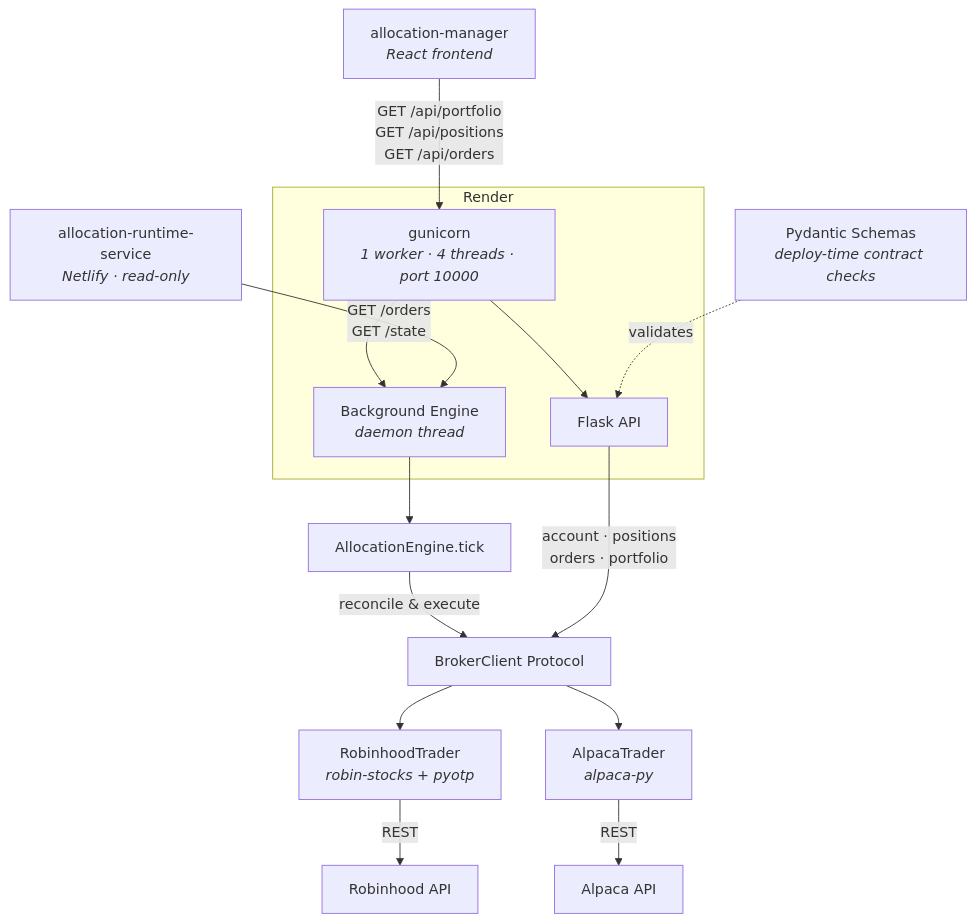
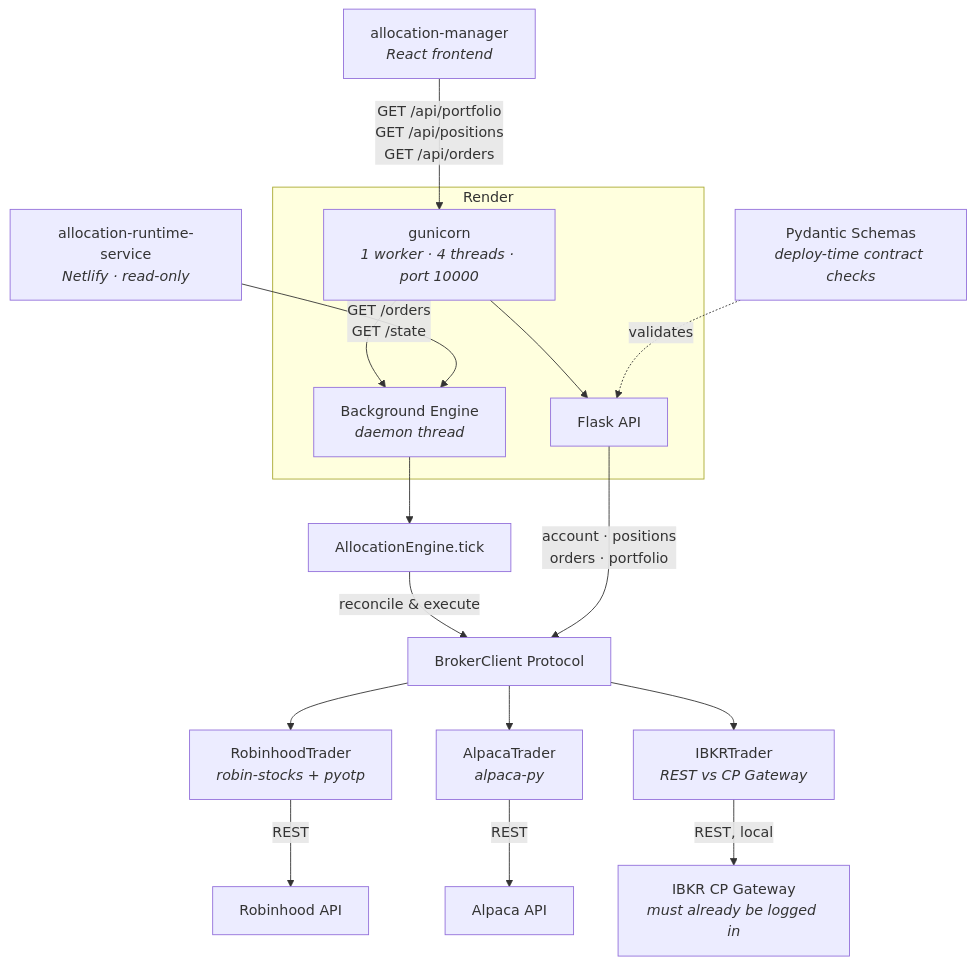
Before and after one commit to IamJasonBian/allocation-engine-2.0: the first of 4 diagrams in README.md, drawn with Mermaid. The commit also changed other lines of this file and 12 other files, not shown here.

First line of the commit message:
Add IBKR broker surface with buy/sell orders and inter-broker fund transfer

````diff
--- a/README.md
+++ b/README.md
@@ -105,24 +126,26 @@
 ```mermaid
 graph TD
     AM[allocation-manager<br/><i>React frontend</i>] -->|GET /api/portfolio<br/>GET /api/positions<br/>GET /api/orders| GU
 
     subgraph Render
         GU[gunicorn<br/><i>1 worker · 4 threads · port 10000</i>]
         GU --> FLASK[Flask API]
         GU --> BG[Background Engine<br/><i>daemon thread</i>]
     end
 
     RTS[allocation-runtime-service<br/><i>Netlify · read-only</i>] -->|GET /orders<br/>GET /state| BG
     BG --> ENG[AllocationEngine.tick]
     ENG -->|reconcile & execute| BROKER
 
     FLASK -->|account · positions<br/>orders · portfolio| BROKER[BrokerClient Protocol]
 
     BROKER --> RH[RobinhoodTrader<br/><i>robin-stocks + pyotp</i>]
     BROKER --> ALP[AlpacaTrader<br/><i>alpaca-py</i>]
+    BROKER --> IBK[IBKRTrader<br/><i>REST vs CP Gateway</i>]
 
     RH -->|REST| RH_API[Robinhood API]
     ALP -->|REST| ALP_API[Alpaca API]
+    IBK -->|REST, local| IBK_GW[IBKR CP Gateway<br/><i>must already be logged in</i>]
 
     SCHEMAS[Pydantic Schemas<br/><i>deploy-time contract checks</i>] -.->|validates| FLASK
 ```
````
